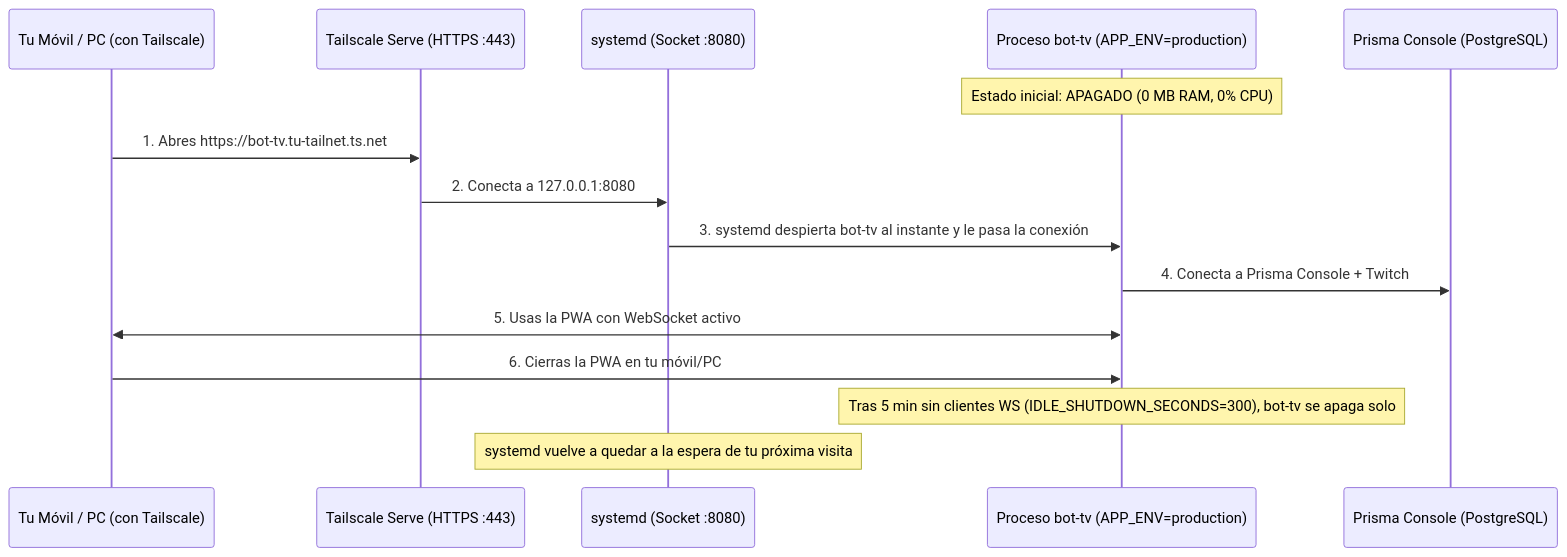
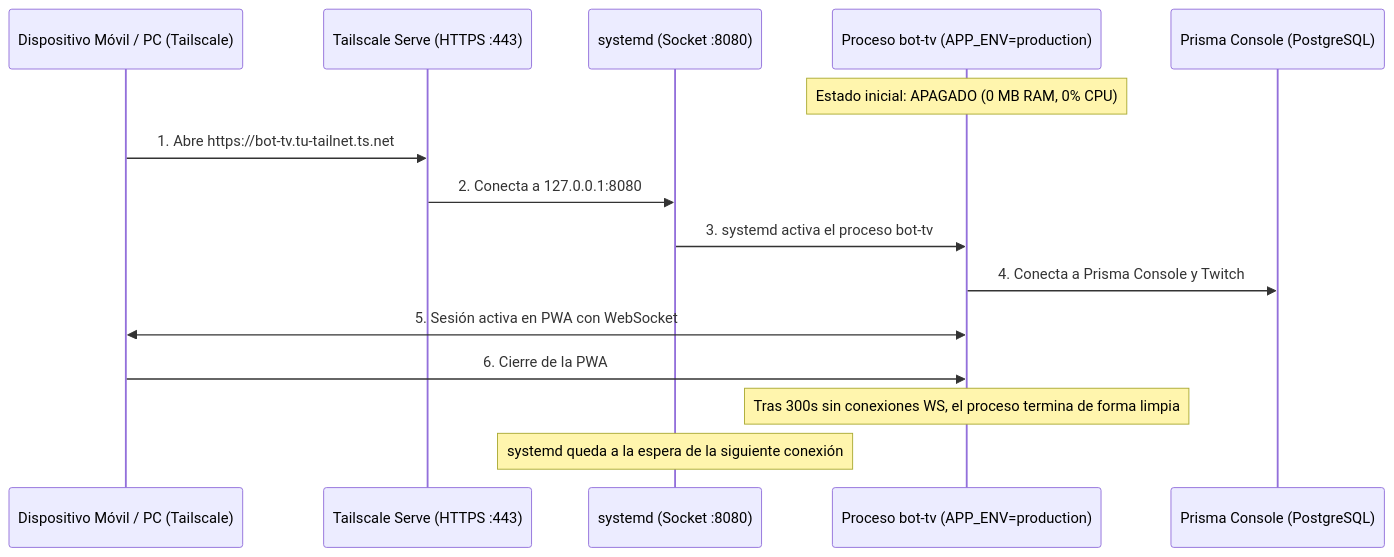
One commit to leo-kleis/bot-tv changed the diagram in docs/deployment.md. Above: the diagram before and after it, drawn with Mermaid. The commit also changed other lines of this file and 123 other files, not shown here.

````diff
--- a/docs/deployment.md
+++ b/docs/deployment.md
@@ -41,18 +77,18 @@
 ```mermaid
 sequenceDiagram
-    participant M as Tu Móvil / PC (con Tailscale)
+    participant M as Dispositivo Móvil / PC (Tailscale)
     participant TS as Tailscale Serve (HTTPS :443)
     participant SD as systemd (Socket :8080)
     participant BOT as Proceso bot-tv (APP_ENV=production)
     participant DB as Prisma Console (PostgreSQL)
 
     Note over BOT: Estado inicial: APAGADO (0 MB RAM, 0% CPU)
-    M->>TS: 1. Abres https://bot-tv.tu-tailnet.ts.net
+    M->>TS: 1. Abre https://bot-tv.tu-tailnet.ts.net
     TS->>SD: 2. Conecta a 127.0.0.1:8080
-    SD->>BOT: 3. systemd despierta bot-tv al instante y le pasa la conexión
-    BOT->>DB: 4. Conecta a Prisma Console + Twitch
-    M<<->>BOT: 5. Usas la PWA con WebSocket activo
-    M->>BOT: 6. Cierras la PWA en tu móvil/PC
-    Note over BOT: Tras 5 min sin clientes WS (IDLE_SHUTDOWN_SECONDS=300), bot-tv se apaga solo
-    Note over SD: systemd vuelve a quedar a la espera de tu próxima visita
+    SD->>BOT: 3. systemd activa el proceso bot-tv
+    BOT->>DB: 4. Conecta a Prisma Console y Twitch
+    M<<->>BOT: 5. Sesión activa en PWA con WebSocket
+    M->>BOT: 6. Cierre de la PWA
+    Note over BOT: Tras 300s sin conexiones WS, el proceso termina de forma limpia
+    Note over SD: systemd queda a la espera de la siguiente conexión
 ```
````
